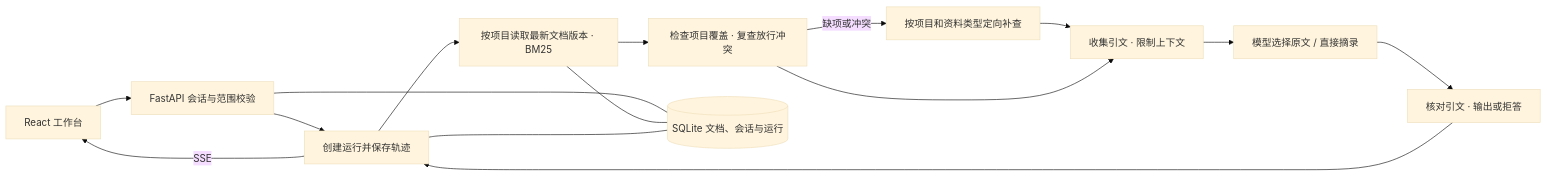
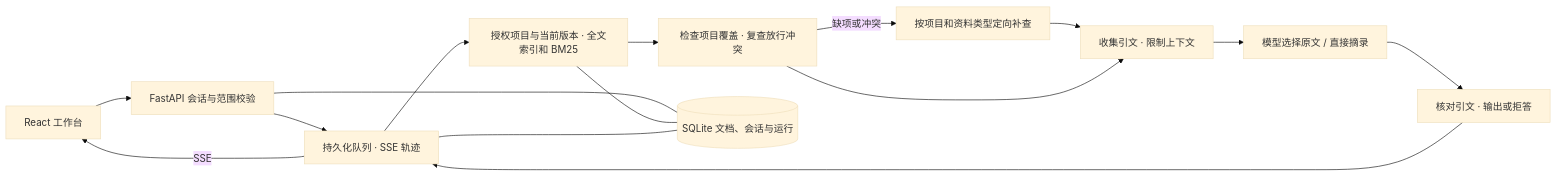
One commit to Alex-jianing/scopebrief changed the diagram in README.md. Above: the diagram before and after it, drawn with Mermaid (base theme). The commit also changed other lines of this file and 40 other files, not shown here.

```diff
--- a/README.md
+++ b/README.md
@@ -32,17 +45,17 @@
 ~~~mermaid
 flowchart LR
     UI["React 工作台"] --> API["FastAPI 会话与范围校验"]
-    API --> Run["创建运行并保存轨迹"]
-    Run --> Search["按项目读取最新文档版本 · BM25"]
+    API --> Run["持久化队列 · SSE 轨迹"]
+    Run --> Search["授权项目与当前版本 · 全文索引和 BM25"]
     Search --> Check["检查项目覆盖 · 复查放行冲突"]
     Check -->|缺项或冲突| Retry["按项目和资料类型定向补查"]
     Retry --> Context["收集引文 · 限制上下文"]
     Check --> Context
     Context --> Model["模型选择原文 / 直接摘录"]
     Model --> Verify["核对引文 · 输出或拒答"]
     Verify --> Run
     Run -->|SSE| UI
     API --- DB[("SQLite 文档、会话与运行")]
     Search --- DB
     Run --- DB
 ~~~
```
